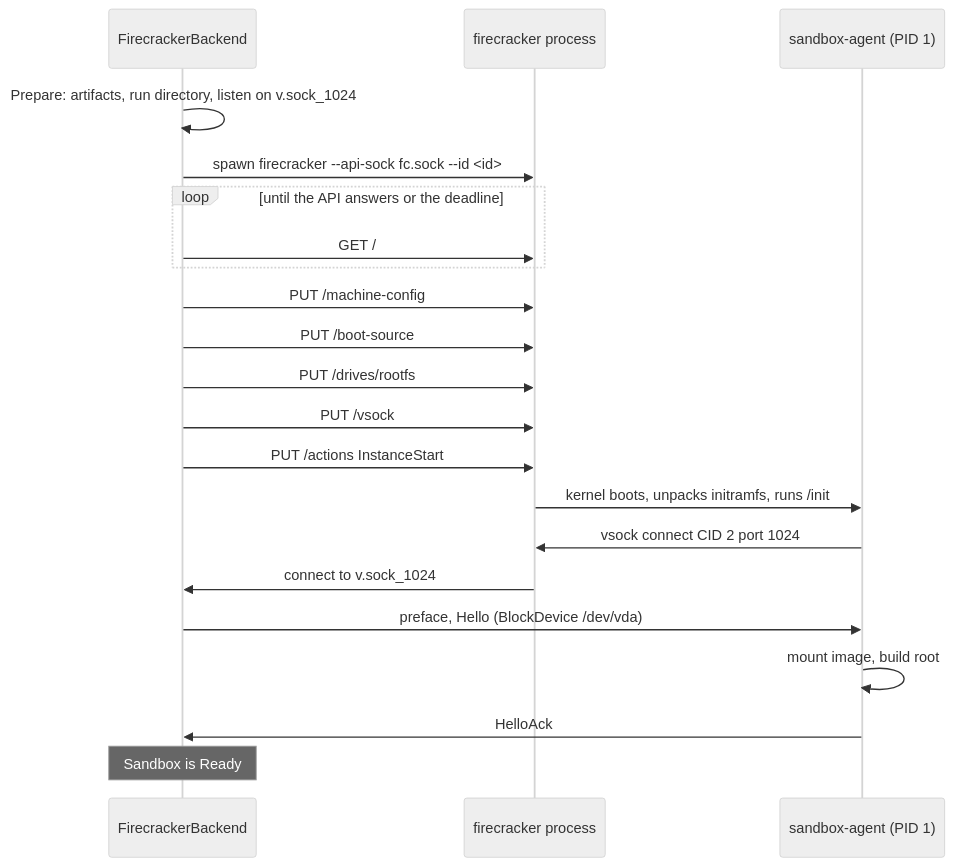
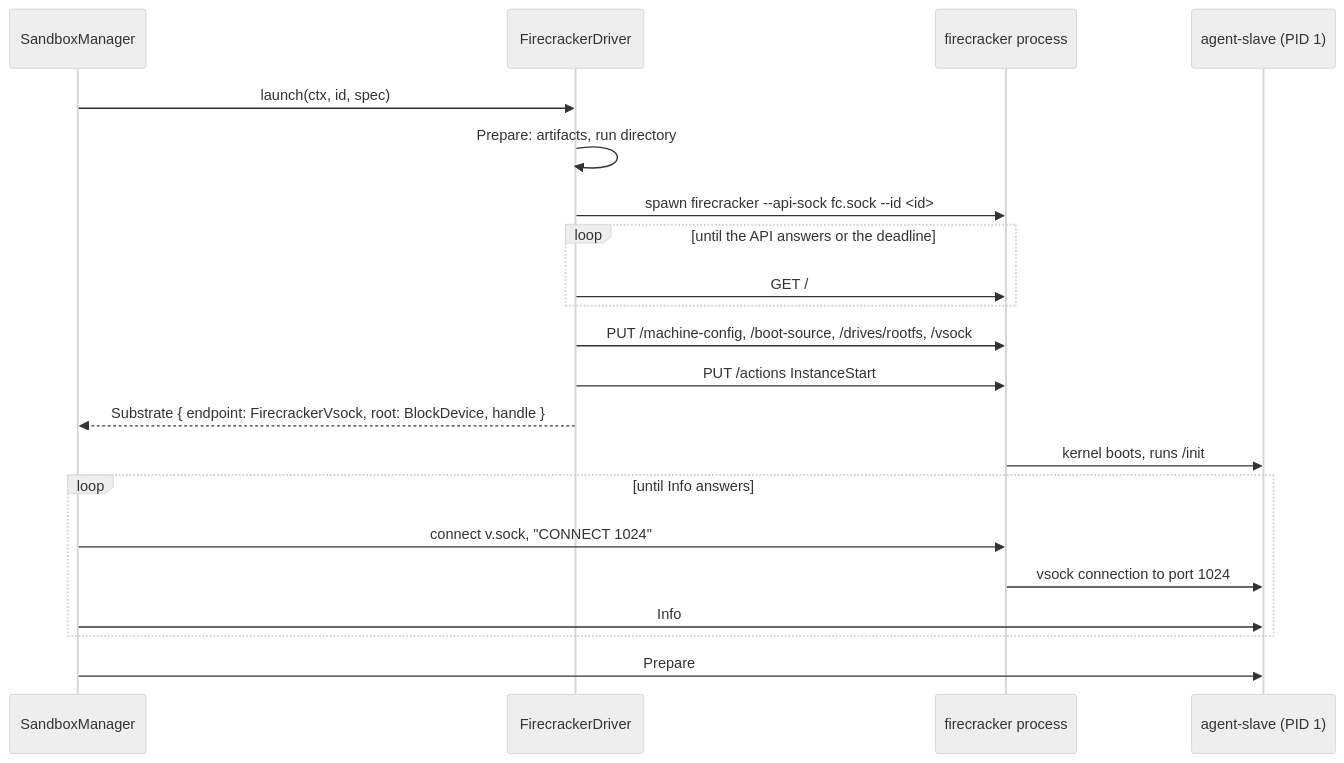
The diagram in specifications/77-foundation-platform-sandbox/features/05-firecracker-driver/feature.md (ewe-studios/ewe_platform), drawn with Mermaid (neutral theme) before and after one commit. The commit also changed other lines of this file and 5 other files, not shown here.

First line of the commit message:
Spec 77: MVP features 05 to 08 for the control plane and slave design

````diff
--- a/specifications/77-foundation-platform-sandbox/features/05-firecracker-driver/feature.md
+++ b/specifications/77-foundation-platform-sandbox/features/05-firecracker-driver/feature.md
@@ -253,23 +309,23 @@
 ```mermaid
 sequenceDiagram
-  participant B as FirecrackerBackend
+  participant M as SandboxManager
+  participant D as FirecrackerDriver
   participant F as firecracker process
-  participant A as sandbox-agent (PID 1)
-  B->>B: Prepare: artifacts, run directory, listen on v.sock_1024
-  B->>F: spawn firecracker --api-sock fc.sock --id <id>
+  participant S as agent-slave (PID 1)
+  M->>D: launch(ctx, id, spec)
+  D->>D: Prepare: artifacts, run directory
+  D->>F: spawn firecracker --api-sock fc.sock --id <id>
   loop until the API answers or the deadline
-    B->>F: GET /
+    D->>F: GET /
   end
-  B->>F: PUT /machine-config
-  B->>F: PUT /boot-source
-  B->>F: PUT /drives/rootfs
-  B->>F: PUT /vsock
-  B->>F: PUT /actions InstanceStart
-  F->>A: kernel boots, unpacks initramfs, runs /init
-  A->>F: vsock connect CID 2 port 1024
-  F->>B: connect to v.sock_1024
-  B->>A: preface, Hello (BlockDevice /dev/vda)
-  A->>A: mount image, build root
-  A->>B: HelloAck
-  Note over B: Sandbox is Ready
+  D->>F: PUT /machine-config, /boot-source, /drives/rootfs, /vsock
+  D->>F: PUT /actions InstanceStart
+  D-->>M: Substrate { endpoint: FirecrackerVsock, root: BlockDevice, handle }
+  F->>S: kernel boots, runs /init
+  loop until Info answers
+    M->>F: connect v.sock, "CONNECT 1024"
+    F->>S: vsock connection to port 1024
+    M->>S: Info
+  end
+  M->>S: Prepare
 ```
````
